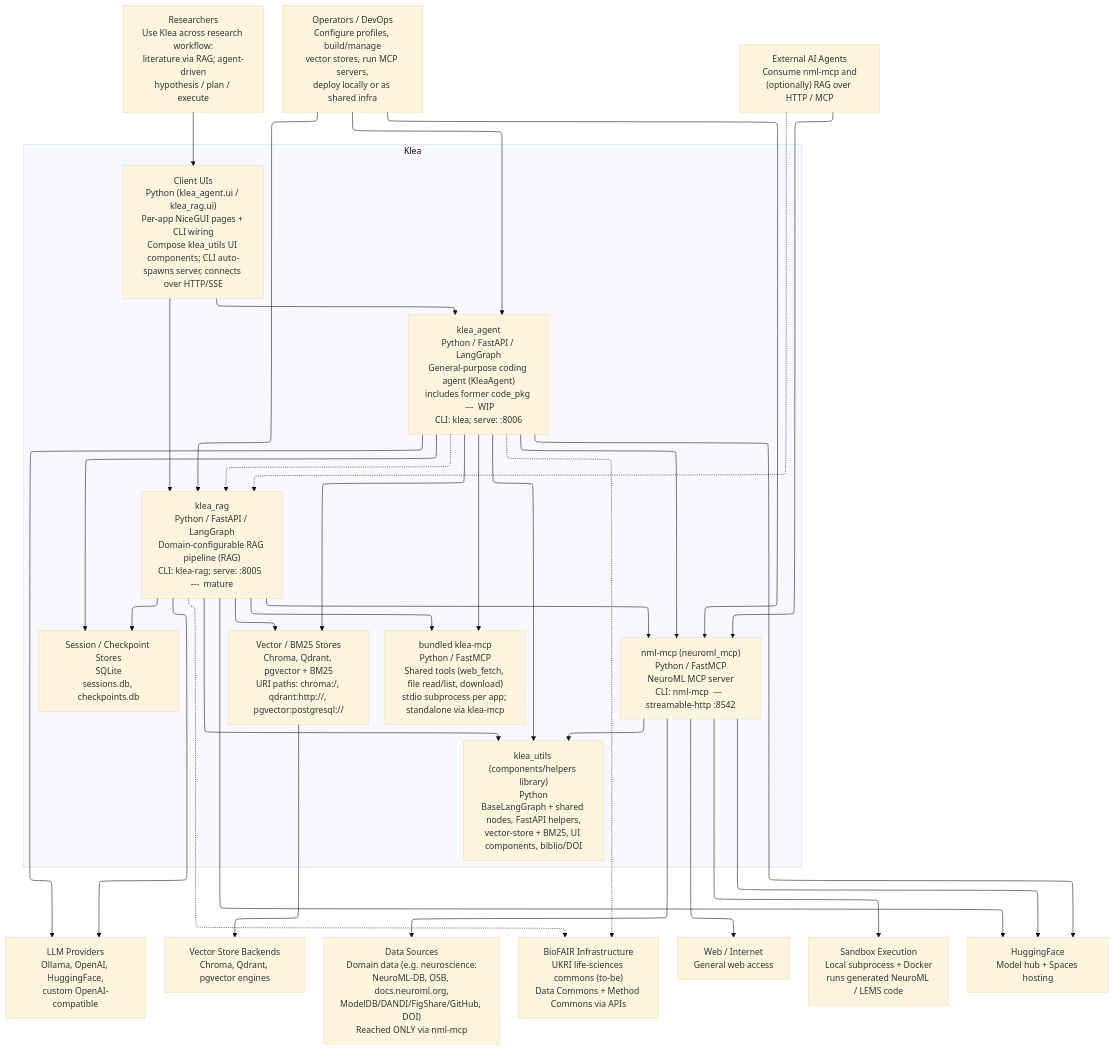
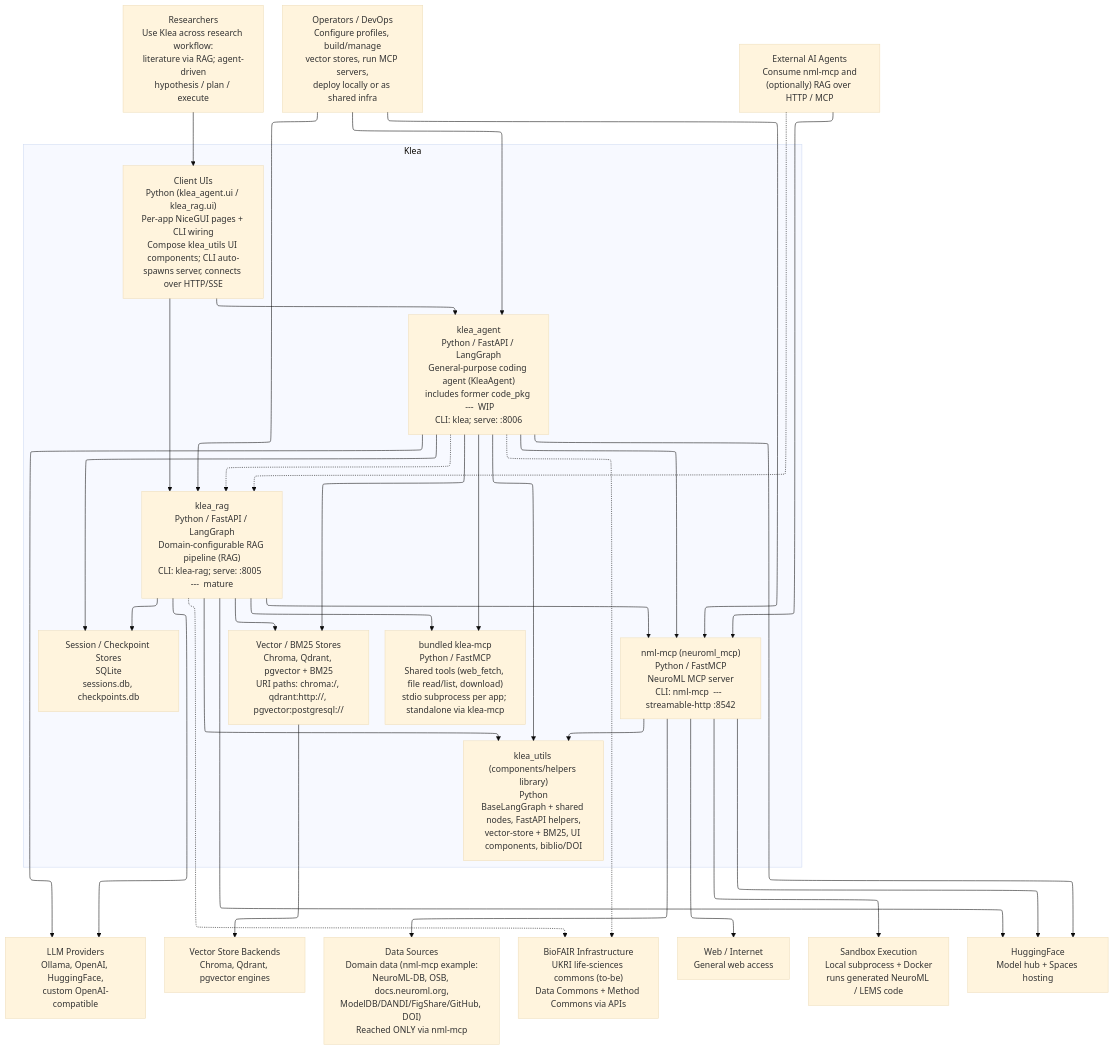
One commit to NeuroML/klea changed the diagram in devdocs/system/c4-container.md. Above: the diagram before and after it, drawn with Mermaid (base theme). The commit also changed 16 other files, not shown here.

````diff
--- a/devdocs/system/c4-container.md
+++ b/devdocs/system/c4-container.md
@@ -32,71 +32,71 @@
 ```mermaid
 ---
 config:
   layout: elk
   elk:
     mergeEdges: false
     nodeSpacing: 40
     rankSpacing: 60
 ---
 flowchart TB
 
     %% Persons
     researcher["Researchers<br/>Use Klea across research workflow:<br/>literature via RAG; agent-driven<br/>hypothesis / plan / execute"]
     devops["Operators / DevOps<br/>Configure profiles, build/manage<br/>vector stores, run MCP servers,<br/>deploy locally or as shared infra"]
     extagent["External AI Agents<br/>Consume nml-mcp and<br/>(optionally) RAG over HTTP / MCP"]
 
     %% Klea boundary
     subgraph Klea [Klea]
         direction TB
         ui["Client UIs<br/>Python (klea_agent.ui / klea_rag.ui)<br/>Per-app NiceGUI pages + CLI wiring<br/>Compose klea_utils UI components; CLI auto-spawns server, connects over HTTP/SSE"]
         agent["klea_agent<br/>Python / FastAPI / LangGraph<br/>General-purpose coding agent (KleaAgent)<br/>includes former code_pkg  ---  WIP<br/>CLI: klea; serve: :8006"]
         rag["klea_rag<br/>Python / FastAPI / LangGraph<br/>Domain-configurable RAG pipeline (RAG)<br/>CLI: klea-rag; serve: :8005  ---  mature"]
         nmlmcp["nml-mcp (neuroml_mcp)<br/>Python / FastMCP<br/>NeuroML MCP server<br/>CLI: nml-mcp  ---  streamable-http :8542"]
         bundled["bundled klea-mcp<br/>Python / FastMCP<br/>Shared tools (web_fetch, file read/list, download)<br/>stdio subprocess per app; standalone via klea-mcp"]
         utils["klea_utils (components/helpers library)<br/>Python<br/>BaseLangGraph + shared nodes, FastAPI helpers,<br/>vector-store + BM25, UI components, biblio/DOI"]
         vstores["Vector / BM25 Stores<br/>Chroma, Qdrant, pgvector + BM25<br/>URI paths: chroma:/, qdrant:http://, pgvector:postgresql://"]
         sqlite["Session / Checkpoint Stores<br/>SQLite<br/>sessions.db, checkpoints.db"]
     end
 
     %% External systems
     llm["LLM Providers<br/>Ollama, OpenAI, HuggingFace,<br/>custom OpenAI-compatible"]
     vbackends["Vector Store Backends<br/>Chroma, Qdrant, pgvector engines"]
-    datasources["Data Sources<br/>Domain data (e.g. neuroscience:<br/>NeuroML-DB, OSB, docs.neuroml.org,<br/>ModelDB/DANDI/FigShare/GitHub, DOI)<br/>Reached ONLY via nml-mcp"]
+    datasources["Data Sources<br/>Domain data (nml-mcp example:<br/>NeuroML-DB, OSB, docs.neuroml.org,<br/>ModelDB/DANDI/FigShare/GitHub, DOI)<br/>Reached ONLY via nml-mcp"]
     biofair["BioFAIR Infrastructure<br/>UKRI life-sciences commons (to-be)<br/>Data Commons + Method Commons via APIs"]
     web["Web / Internet<br/>General web access"]
     sandbox["Sandbox Execution<br/>Local subprocess + Docker<br/>runs generated NeuroML / LEMS code"]
     hf["HuggingFace<br/>Model hub + Spaces hosting"]
 
     %% Core interactions
     researcher --> ui
     devops --> agent
     devops --> rag
     devops --> nmlmcp
     extagent --> nmlmcp
     extagent -.-> rag
     ui --> agent
     ui --> rag
     agent --> bundled
     rag --> bundled
     agent --> nmlmcp
     rag --> nmlmcp
     agent -.-> rag
     agent --> vstores
     rag --> vstores
     agent --> llm
     rag --> llm
     agent --> sqlite
     rag --> sqlite
     agent --> utils
     rag --> utils
     nmlmcp --> utils
     vstores --> vbackends
     nmlmcp --> datasources
     nmlmcp --> web
     nmlmcp --> sandbox
     agent -.-> biofair
     rag -.-> biofair
     agent --> hf
     rag --> hf
     nmlmcp --> hf
 ```
````
